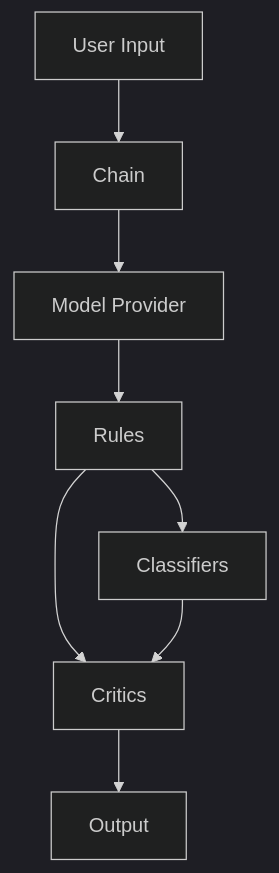
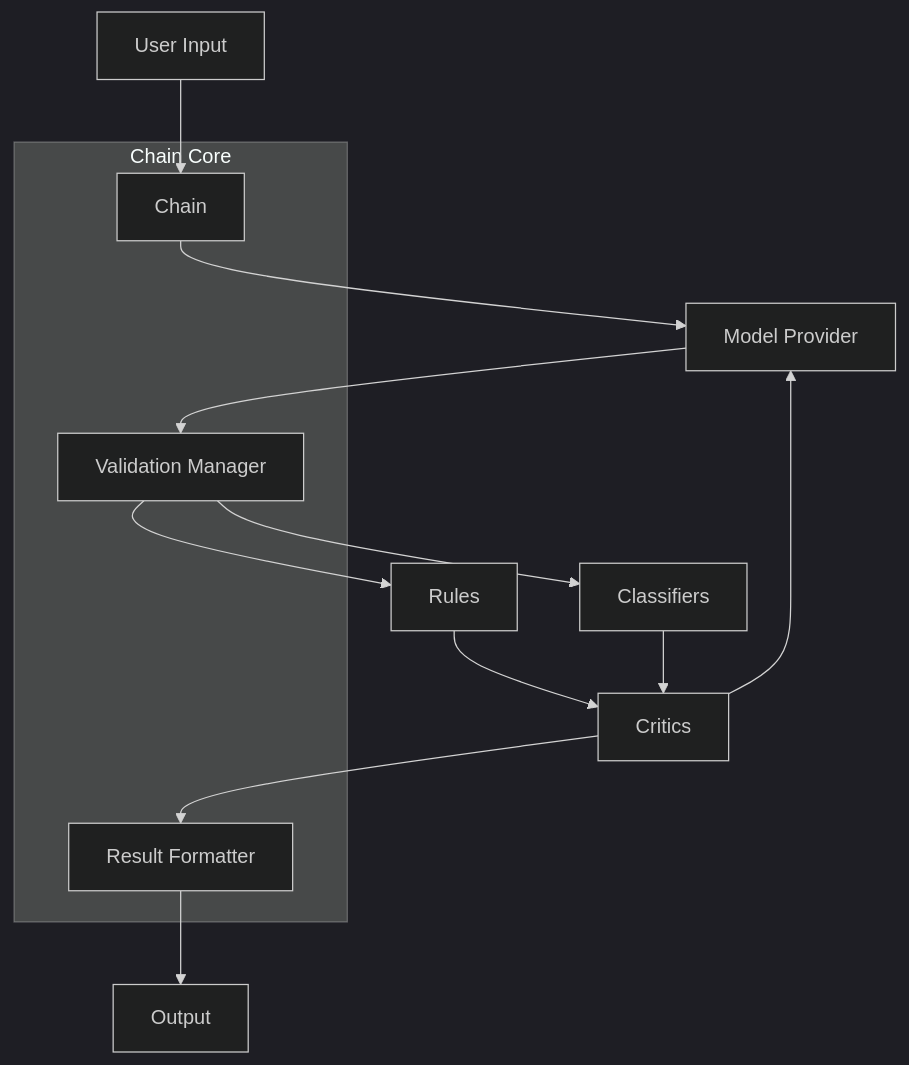
The first of 2 diagrams in README.md (sifaka-ai/sifaka), drawn with Mermaid (dark theme) before and after one commit. The commit also changed other lines of this file, not shown here.

````diff
--- a/README.md
+++ b/README.md
@@ -74,10 +74,18 @@
 ```mermaid
 graph TD
     A[User Input] --> B[Chain]
     B --> C[Model Provider]
-    C --> D[Rules]
-    D --> E[Critics]
-    E --> F[Output]
-    D --> G[Classifiers]
-    G --> E
+    C --> D[Validation Manager]
+    D --> E[Rules]
+    E --> F[Critics]
+    F --> G[Result Formatter]
+    G --> H[Output]
+    D --> I[Classifiers]
+    I --> F
+    F --> C
+    subgraph Chain Core
+        B
+        D
+        G
+    end
 ```
````
